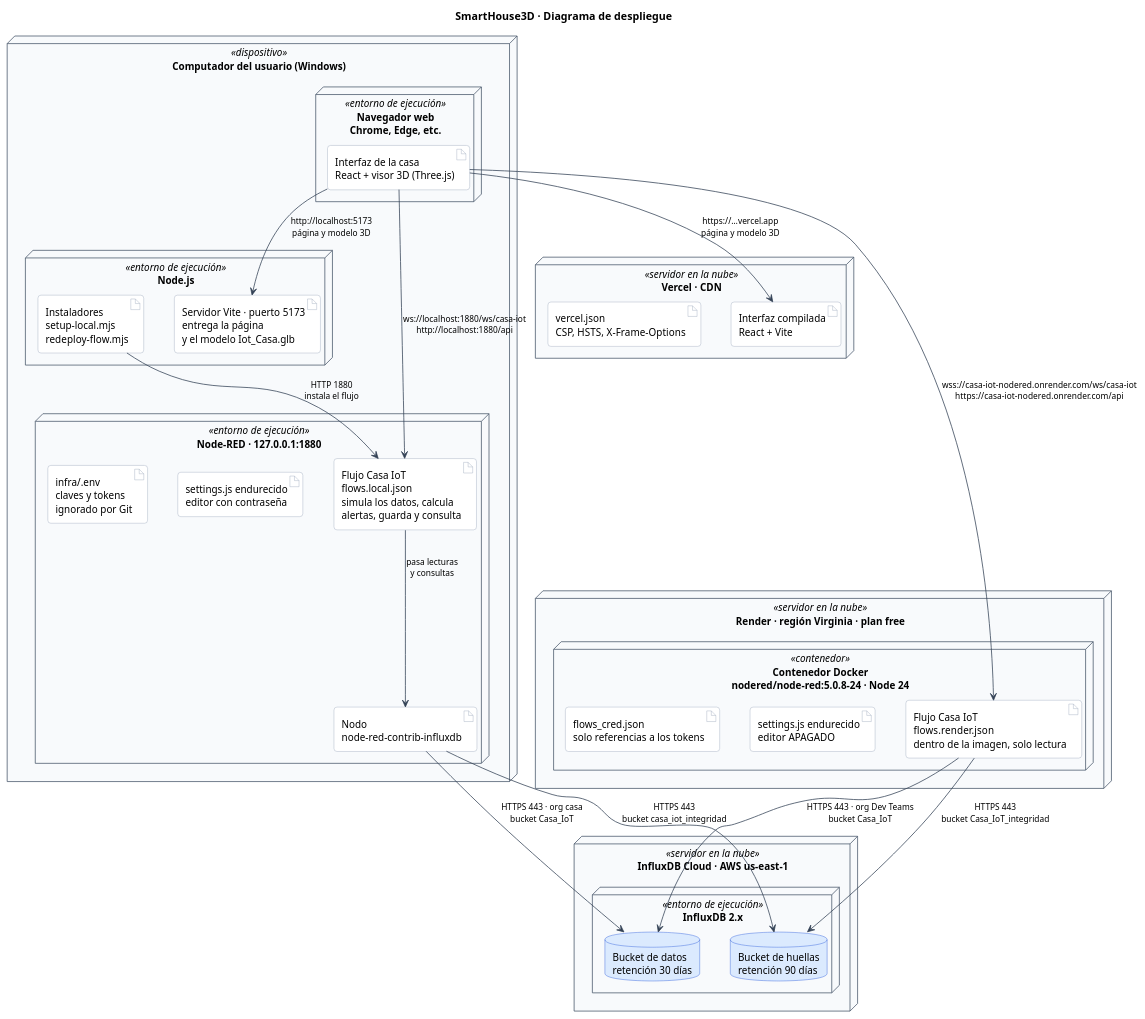
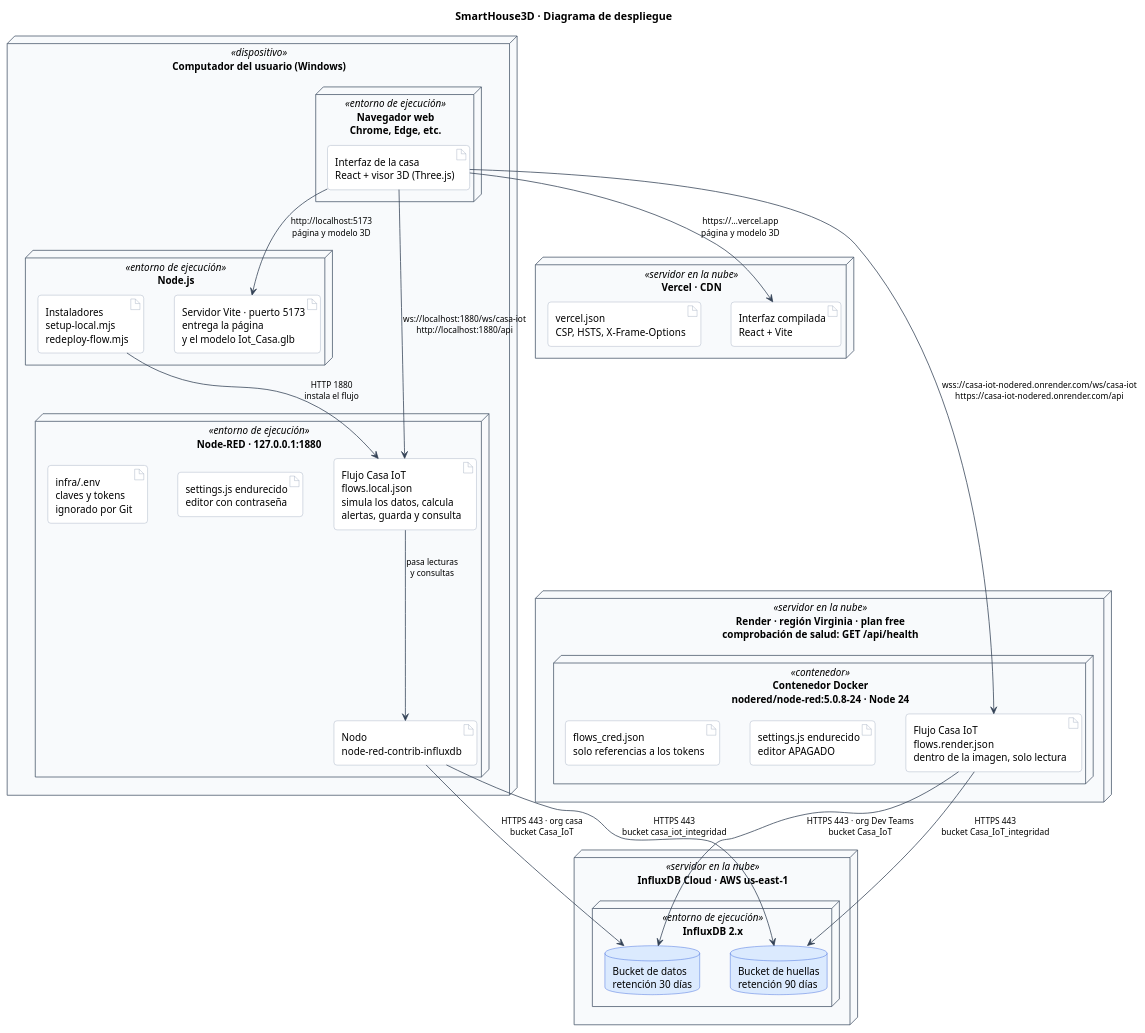
Before and after one commit to WilderG2004/SmartHouse3D: the diagram in docs/diagramas/despliegue.puml, drawn with PlantUML. The commit also changed 5 other files, not shown here.

First line of the commit message:
Diagramas: rehechos releyendo el codigo entero

```diff
--- a/docs/diagramas/despliegue.puml
+++ b/docs/diagramas/despliegue.puml
@@ -1,88 +1,88 @@
 @startuml despliegue
 ' Comprobado contra el codigo:
 '   vite.config.ts            puerto 5173
 '   public/Iot_Casa.glb       modelo 3D
 '   infra/nodered/flows.local.json   Node-RED local -> InfluxDB Cloud
 '   render.yaml               servicio casa-iot-nodered, plan free, region virginia
 '   infra/nodered/Dockerfile.render  imagen nodered/node-red:5.0.8-24
 '   vercel.json               connect-src wss:// y https:// casa-iot-nodered.onrender.com
 '   build-flows.mts           WS_PATH /ws/casa-iot, API /api
 ' Docker (infra/docker-compose.yml, flows.json -> http://influxdb:8086) queda fuera: es opcional.
 title SmartHouse3D · Diagrama de despliegue
 
 skinparam backgroundColor White
 skinparam shadowing false
 skinparam defaultFontName Helvetica
 skinparam defaultFontSize 13
 skinparam roundcorner 8
 skinparam ArrowColor #334155
 skinparam ArrowFontSize 11
 skinparam nodesep 40
 skinparam ranksep 65
 skinparam node {
   BackgroundColor #F8FAFC
   BorderColor #475569
 }
 skinparam artifact {
   BackgroundColor #FFFFFF
   BorderColor #94A3B8
 }
 skinparam database {
   BackgroundColor #DBEAFE
   BorderColor #1D4ED8
 }
 
 node "Computador del usuario (Windows)" <<dispositivo>> {
 
   node "Navegador web\nChrome, Edge, etc." <<entorno de ejecución>> {
     artifact "Interfaz de la casa\nReact + visor 3D (Three.js)" as ui
   }
 
   node "Node.js" <<entorno de ejecución>> {
     artifact "Servidor Vite · puerto 5173\nentrega la página\ny el modelo Iot_Casa.glb" as vite
     artifact "Instaladores\nsetup-local.mjs\nredeploy-flow.mjs" as inst
   }
 
   node "Node-RED · 127.0.0.1:1880" <<entorno de ejecución>> {
     artifact "Flujo Casa IoT\nflows.local.json\nsimula los datos, calcula\nalertas, guarda y consulta" as flujoLocal
     artifact "settings.js endurecido\neditor con contraseña" as settingsLocal
     artifact "infra/.env\nclaves y tokens\nignorado por Git" as envLocal
     artifact "Nodo\nnode-red-contrib-influxdb" as nodoInflux
   }
 }
 
 node "Vercel · CDN" <<servidor en la nube>> {
   artifact "Interfaz compilada\nReact + Vite" as vercelUi
   artifact "vercel.json\nCSP, HSTS, X-Frame-Options" as vercelCsp
 }
 
-node "Render · región Virginia · plan free" <<servidor en la nube>> {
+node "Render · región Virginia · plan free\ncomprobación de salud: GET /api/health" <<servidor en la nube>> {
   node "Contenedor Docker\nnodered/node-red:5.0.8-24 · Node 24" <<contenedor>> {
     artifact "Flujo Casa IoT\nflows.render.json\ndentro de la imagen, solo lectura" as flujoProd
     artifact "settings.js endurecido\neditor APAGADO" as settingsProd
     artifact "flows_cred.json\nsolo referencias a los tokens" as credProd
   }
 }
 
 node "InfluxDB Cloud · AWS us-east-1" <<servidor en la nube>> {
   node "InfluxDB 2.x" <<entorno de ejecución>> {
     database "Bucket de datos\nretención 30 días" as bdatos
     database "Bucket de huellas\nretención 90 días" as bhuellas
   }
 }
 
 ' ── en desarrollo, todo en el mismo equipo ──
 ui --> vite : "http://localhost:5173\npágina y modelo 3D"
 ui --> flujoLocal : "ws://localhost:1880/ws/casa-iot\nhttp://localhost:1880/api"
 inst --> flujoLocal : "HTTP 1880\ninstala el flujo"
 flujoLocal --> nodoInflux : "pasa lecturas\ny consultas"
 nodoInflux --> bdatos : "HTTPS 443 · org casa\nbucket Casa_IoT"
 nodoInflux --> bhuellas : "HTTPS 443\nbucket casa_iot_integridad"
 
 ' ── publicado: el mismo navegador contra la nube ──
 ui --> vercelUi : "https://…vercel.app\npágina y modelo 3D"
 ui --> flujoProd : "wss://casa-iot-nodered.onrender.com/ws/casa-iot\nhttps://casa-iot-nodered.onrender.com/api"
 flujoProd --> bdatos : "HTTPS 443 · org Dev Teams\nbucket Casa_IoT"
 flujoProd --> bhuellas : "HTTPS 443\nbucket Casa_IoT_integridad"
 
 @enduml
```
